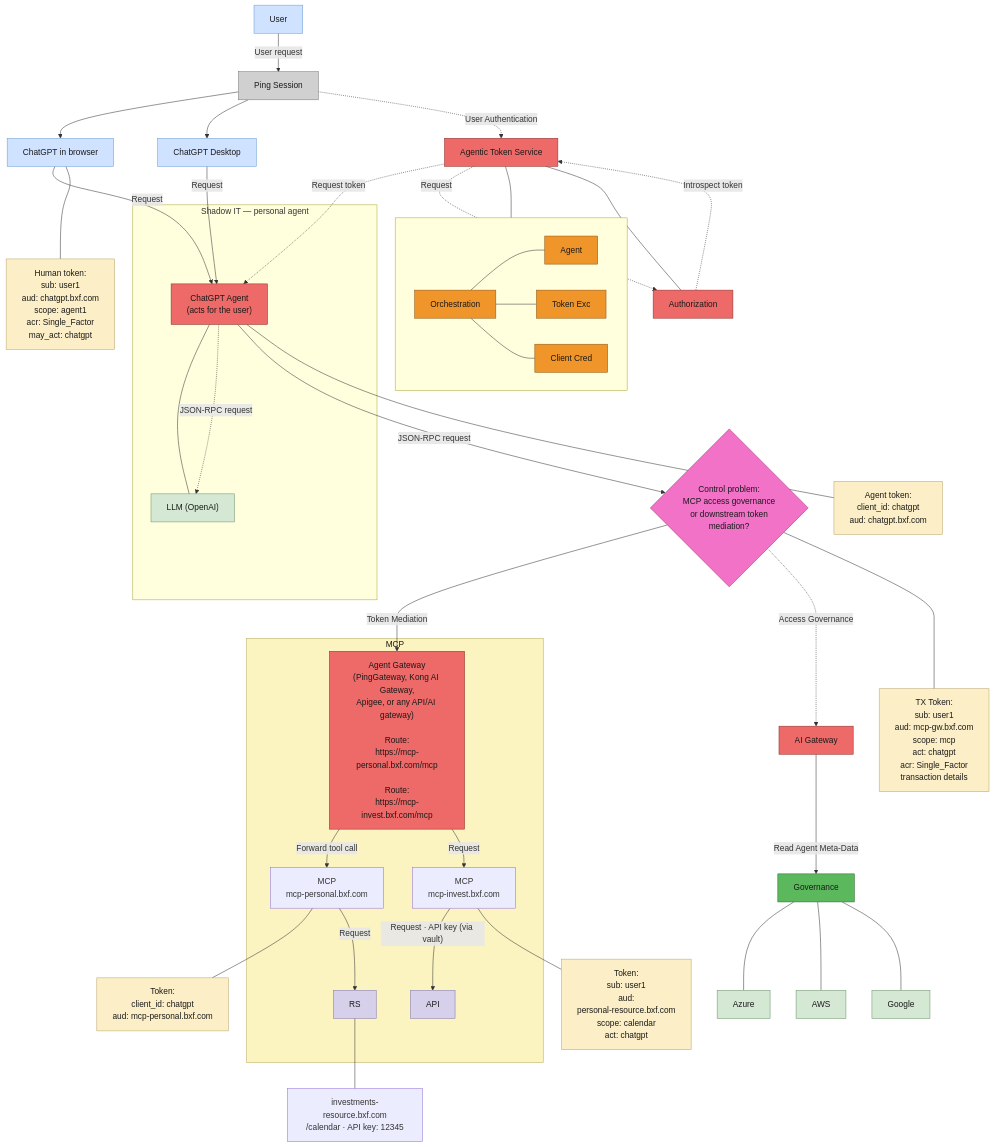
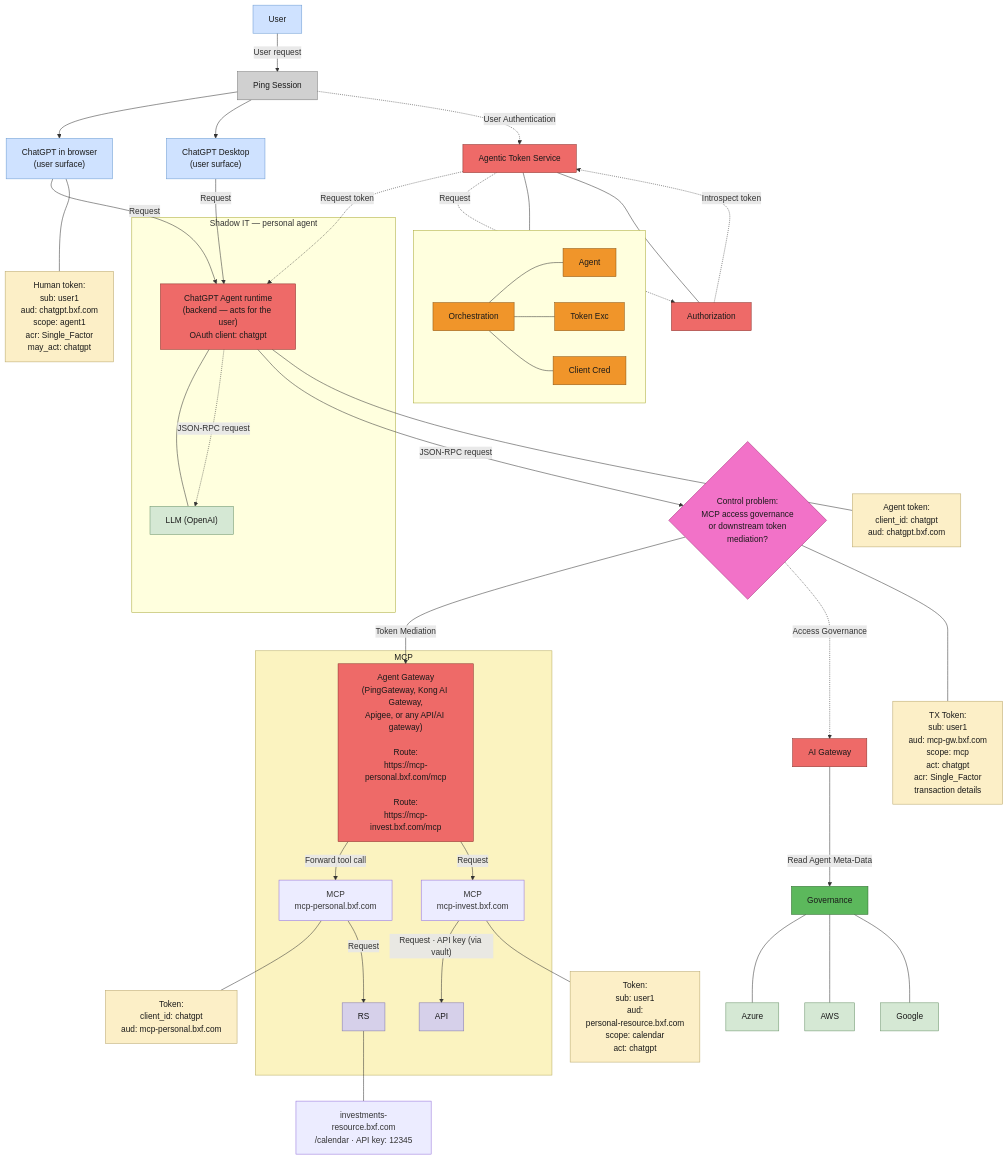
Before and after one commit to curtismu7/AI-DEMO2: the diagram in docs/diagrams/personal-agent-chatgpt.mmd, drawn with Mermaid. The commit also changed 1 other file, not shown here.

Commit message:
docs(diagrams): disambiguate ChatGPT surfaces vs agent runtime

```diff
--- a/docs/diagrams/personal-agent-chatgpt.mmd
+++ b/docs/diagrams/personal-agent-chatgpt.mmd
@@ -1,104 +1,104 @@
 %% Personal agent version of "V2 Agent - GW/Authorize" (Lucid page)
 %% ChatGPT is the personal agent — Desktop app and browser ChatGPT
 %% Colors sampled from the V2 Agent - GW_Authorize.png
 flowchart TB
     ATS["Agentic Token Service"]
     subgraph ATSSUB[" "]
         direction LR
         ORCH["Orchestration"]
         AGT["Agent"]
         TXE["Token Exc"]
         CCRED["Client Cred"]
     end
     AUTHZ["Authorization"]
 
     USER["User"]
     PINGSESS["Ping Session"]
-    CHATB["ChatGPT in browser"]
-    GPTD["ChatGPT Desktop"]
+    CHATB["ChatGPT in browser<br/>(user surface)"]
+    GPTD["ChatGPT Desktop<br/>(user surface)"]
 
     HTOK["Human token:<br/>sub: user1<br/>aud: chatgpt.bxf.com<br/>scope: agent1<br/>acr: Single_Factor<br/>may_act: chatgpt"]
     AGTOK["Agent token:<br/>client_id: chatgpt<br/>aud: chatgpt.bxf.com"]
     TXTOK["TX Token:<br/>sub: user1<br/>aud: mcp-gw.bxf.com<br/>scope: mcp<br/>act: chatgpt<br/>acr: Single_Factor<br/>transaction details"]
 
     subgraph SHADOW["Shadow IT — personal agent"]
-        AGENT1["ChatGPT Agent<br/>(acts for the user)"]
+        AGENT1["ChatGPT Agent runtime<br/>(backend — acts for the user)<br/>OAuth client: chatgpt"]
         LLM["LLM (OpenAI)"]
     end
 
     DEC{"Control problem:<br/>MCP access governance<br/>or downstream token<br/>mediation?"}
 
     subgraph MCPBOX["MCP"]
         GW["Agent Gateway<br/>(PingGateway, Kong AI Gateway,<br/>Apigee, or any API/AI gateway)<br/><br/>Route:<br/>https://mcp-personal.bxf.com/mcp<br/><br/>Route:<br/>https://mcp-invest.bxf.com/mcp"]
         MCPOLB["MCP<br/>mcp-personal.bxf.com"]
         MCPINV["MCP<br/>mcp-invest.bxf.com"]
         RS["RS"]
         API["API"]
     end
     MOLTOK["Token:<br/>sub: user1<br/>aud:<br/>personal-resource.bxf.com<br/>scope: calendar<br/>act: chatgpt"]
     MTOK["Token:<br/>client_id: chatgpt<br/>aud: mcp-personal.bxf.com"]
     INVTOK["investments-resource.bxf.com<br/>/calendar · API key: 12345"]
 
     AIGW["AI Gateway"]
     GOV["Governance"]
     AZURE["Azure"]
     AWS["AWS"]
     GOOGLE["Google"]
 
     USER -->|"User request"| PINGSESS
     PINGSESS --> CHATB
     PINGSESS --> GPTD
     PINGSESS -.->|"User Authentication"| ATS
     ATS --- ORCH
     ORCH --- AGT
     ORCH --- TXE
     ORCH --- CCRED
     AUTHZ --- ATS
     AUTHZ -.->|"Introspect token"| ATS
     CHATB -->|"Request"| AGENT1
     GPTD -->|"Request"| AGENT1
     ATS -.->|"Request token"| AGENT1
     ATS -.->|"Request"| AUTHZ
     CHATB --- HTOK
     AGENT1 --- LLM
     AGENT1 -.->|"JSON-RPC request"| LLM
     AGENT1 -->|"JSON-RPC request"| DEC
     AGENT1 --- AGTOK
     DEC -->|"Token Mediation"| GW
     DEC -.->|"Access Governance"| AIGW
     GW -->|"Forward tool call"| MCPOLB
     GW -->|"Request"| MCPINV
     MCPOLB --- MTOK
     MCPOLB -->|"Request"| RS
     RS --- INVTOK
     MCPINV -->|"Request · API key (via vault)"| API
     MCPINV --- MOLTOK
     DEC --- TXTOK
     AIGW -->|"Read Agent Meta-Data"| GOV
     GOV --- AZURE
     GOV --- AWS
     GOV --- GOOGLE
 
     classDef red fill:#ee6a68,stroke:#8a2f2a,color:#1a1a1a
     classDef orange fill:#f0952a,stroke:#8a5410,color:#1a1a1a
     classDef cream fill:#fcefc7,stroke:#b8a66a,color:#1a1a1a
     classDef pink fill:#f272c8,stroke:#a12a76,color:#1a1a1a
     classDef yellow fill:#fbf3c0,stroke:#b8ac60,color:#1a1a1a
     classDef blue fill:#cfe2ff,stroke:#6b9bd2,color:#1a1a1a
     classDef green fill:#d5e8d4,stroke:#6a936a,color:#1a1a1a
     classDef dgreen fill:#5cb85c,stroke:#2d6a2d,color:#1a1a1a
     classDef purple fill:#d6d0ea,stroke:#8077ad,color:#1a1a1a
     classDef grey fill:#d0d0d0,stroke:#777777,color:#1a1a1a
 
     class ATS,AUTHZ,GW,AIGW red
     class ORCH,AGT,TXE,CCRED orange
     class HTOK,AGTOK,TXTOK,MOLTOK,MTOK cream
     class DEC pink
     class MCPBOX yellow
     class USER,CHATB,GPTD blue
     class AZURE,AWS,GOOGLE green
     class GOV dgreen
     class RS,API purple
     class AGENT1 red
     class LLM green
     class PINGSESS grey
```
